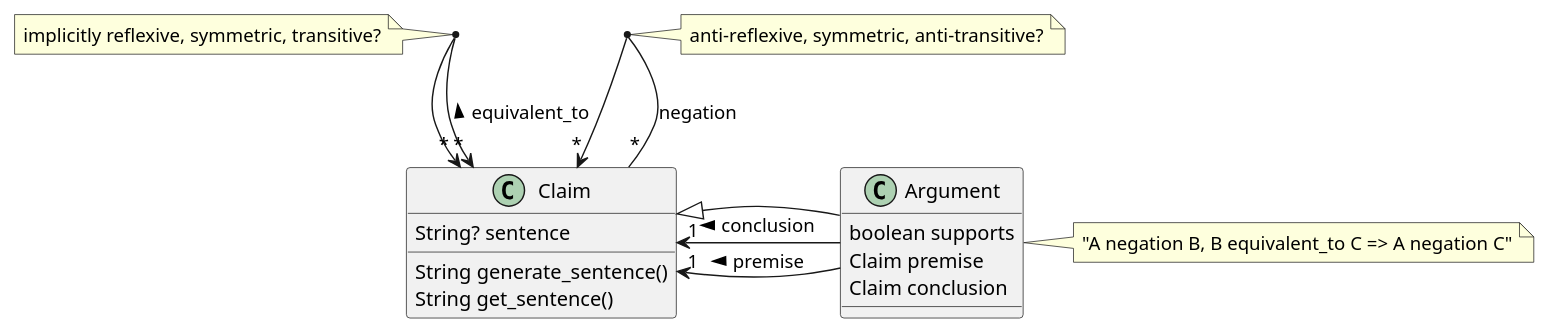
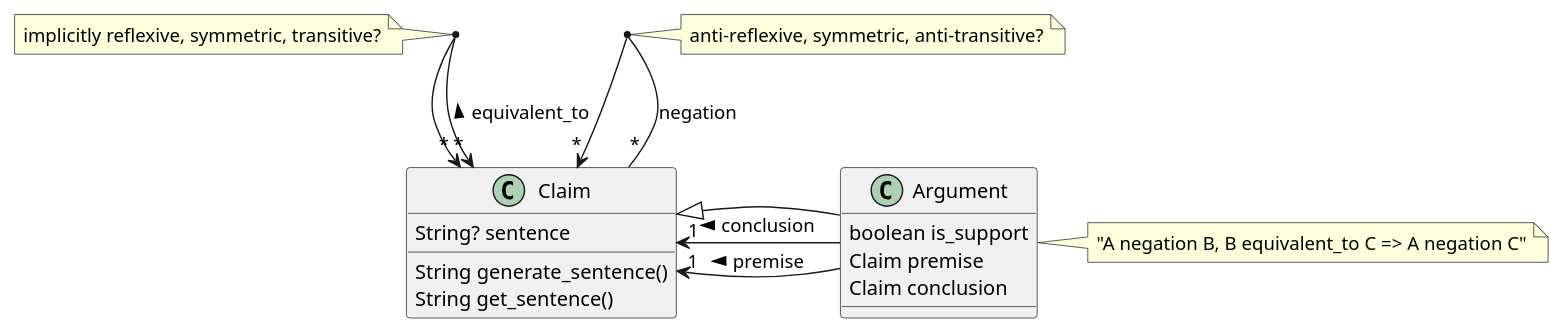
The diagram in diagram/tim.puml (canonical-debate-lab/cd-domain-model), drawn with PlantUML before and after one commit. The commit also changed 1 other file, not shown here.

```diff
--- a/diagram/tim.puml
+++ b/diagram/tim.puml
@@ -1,38 +1,38 @@
 @startuml
 
 class Claim {
   String? sentence
   ' String negation_sentence  (must be != sentence)
   String generate_sentence()
   String get_sentence()
 }
 
 Claim "*" <-> "*" Claim : > equivalent_to
 note  "implicitly reflexive, symmetric, transitive?" as N2
 (Claim, Claim) . N2
 
 '(Claim, Claim) . ClaimEquivalence
 'ClaimEquivalenceClass o-> "*" Claim
 
 'ClaimEquivalence "*" -> "*" ClaimEquivalence : > negation
 
 Claim "*" -> "*" Claim : > negation
 note  "anti-reflexive, symmetric, anti-transitive?" as N1
 (Claim, Claim) .. N1
 
 'Claim o-> Claim : > supports
 
 class Argument {
-  boolean supports
+  boolean is_support
   Claim premise
   Claim conclusion
 }
 note right: "A negation B, B equivalent_to C => A negation C"
 
 Claim "1" <- Argument: < premise 
 Claim "1" <- Argument: < conclusion
 
 Claim <|-- Argument
 
 
 @enduml
```
